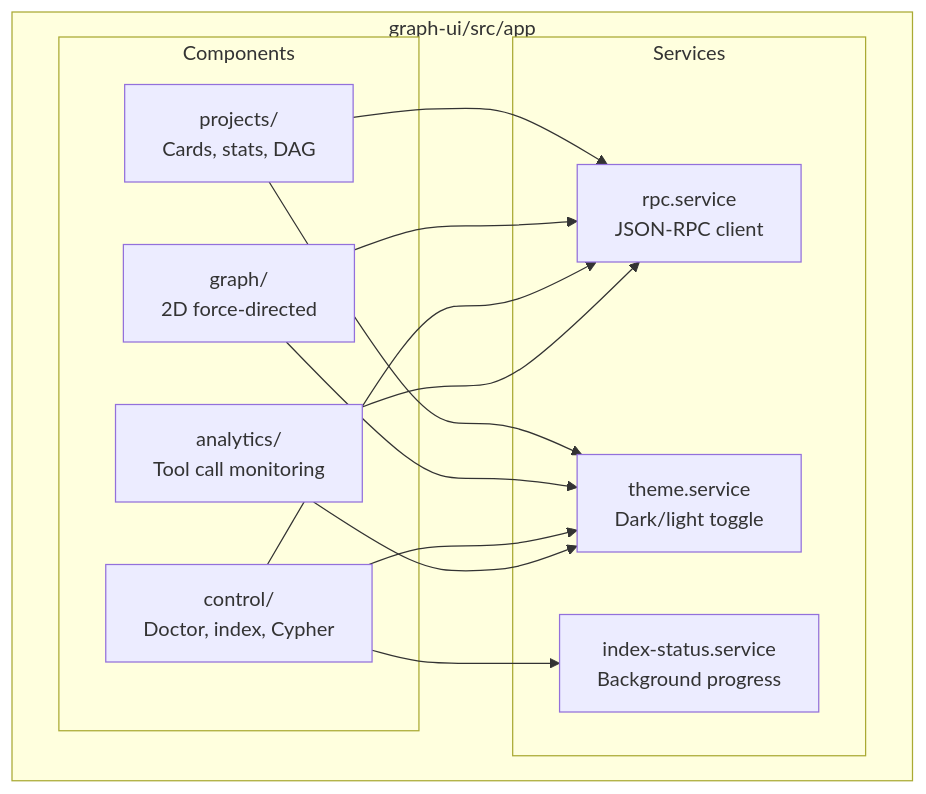
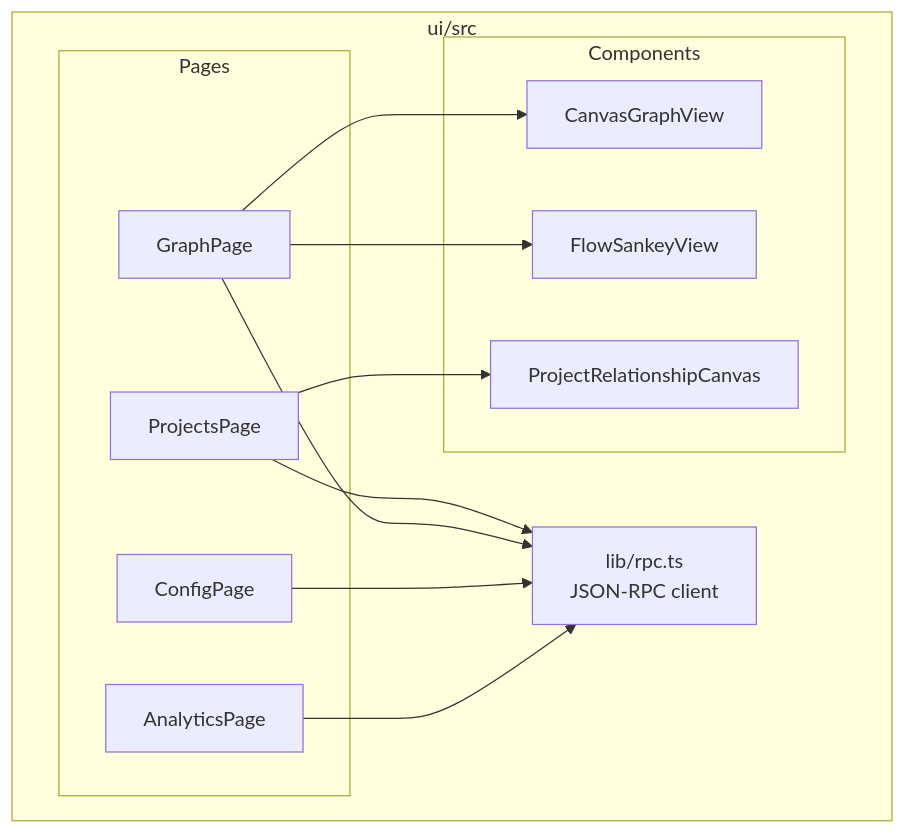
One commit to WolfCanCode/Codryn changed the fifth of 7 diagrams in docs/ARCHITECTURE.md. Above: the diagram before and after it, drawn with Mermaid. The commit also changed other lines of this file and 13 other files, not shown here.

````diff
--- a/docs/ARCHITECTURE.md
+++ b/docs/ARCHITECTURE.md
@@ -514,21 +514,24 @@
 ```mermaid
 graph TD
-    subgraph "graph-ui/src/app"
-        subgraph "Components"
-            PROJ[projects/<br/>Cards, stats, DAG]
-            GRAPH[graph/<br/>2D force-directed]
-            CTRL[control/<br/>Doctor, index, Cypher]
-            ANLYT[analytics/<br/>Tool call monitoring]
+    subgraph "ui/src"
+        subgraph "Pages"
+            PROJ[ProjectsPage]
+            GRAPH[GraphPage]
+            CFG[ConfigPage]
+            ANLYT[AnalyticsPage]
         end
 
-        subgraph "Services"
-            RPC[rpc.service<br/>JSON-RPC client]
-            THEME[theme.service<br/>Dark/light toggle]
-            IDX[index-status.service<br/>Background progress]
+        subgraph "Components"
+            CANVAS[CanvasGraphView]
+            FLOW[FlowSankeyView]
+            REL[ProjectRelationshipCanvas]
         end
+
+        RPC[lib/rpc.ts<br/>JSON-RPC client]
     end
 
-    PROJ & GRAPH & CTRL & ANLYT --> RPC
-    PROJ & GRAPH & CTRL & ANLYT --> THEME
-    CTRL --> IDX
+    PROJ & GRAPH & CFG & ANLYT --> RPC
+    GRAPH --> CANVAS
+    GRAPH --> FLOW
+    PROJ --> REL
 ```
````
